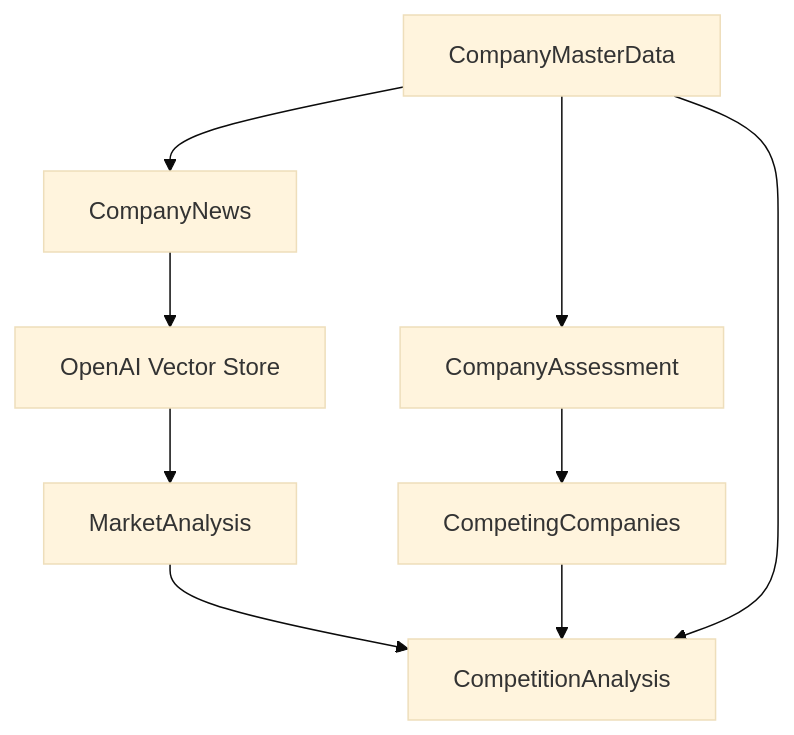
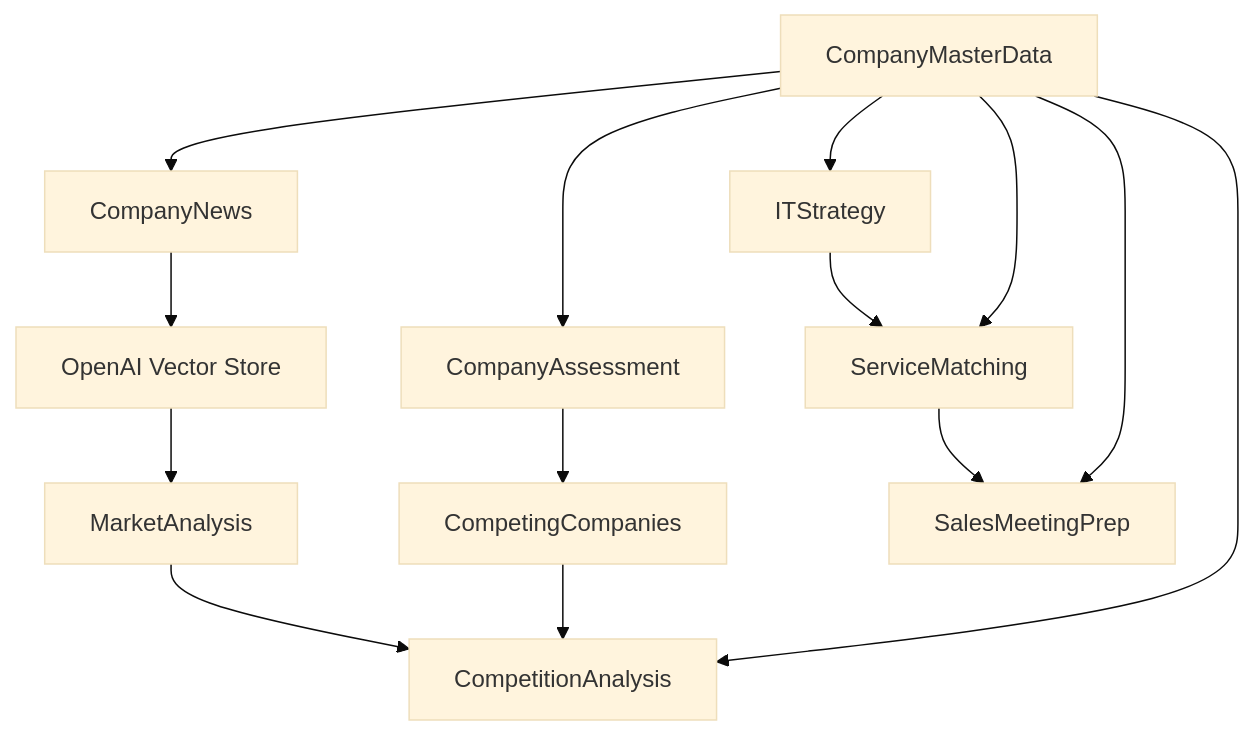
The diagram in README.md (stefan79/customer-intel), drawn with Mermaid (base theme) before and after one commit. The commit also changed other lines of this file and 9 other files, not shown here.

````diff
--- a/README.md
+++ b/README.md
@@ -86,12 +104,17 @@
 ```mermaid
 flowchart TD
   Master[CompanyMasterData] --> Assessment[CompanyAssessment]
   Master --> News[CompanyNews]
   Assessment --> Competitors[CompetingCompanies]
 
   News --> VectorStore[OpenAI Vector Store]
   VectorStore --> MarketAnalysis[MarketAnalysis]
   MarketAnalysis --> CompetitionAnalysis[CompetitionAnalysis]
   Competitors --> CompetitionAnalysis
   Master --> CompetitionAnalysis
+  Master --> ITStrategy[ITStrategy]
+  ITStrategy --> ServiceMatching[ServiceMatching]
+  ServiceMatching --> SalesPrep[SalesMeetingPrep]
+  Master --> ServiceMatching
+  Master --> SalesPrep
 ```
````
